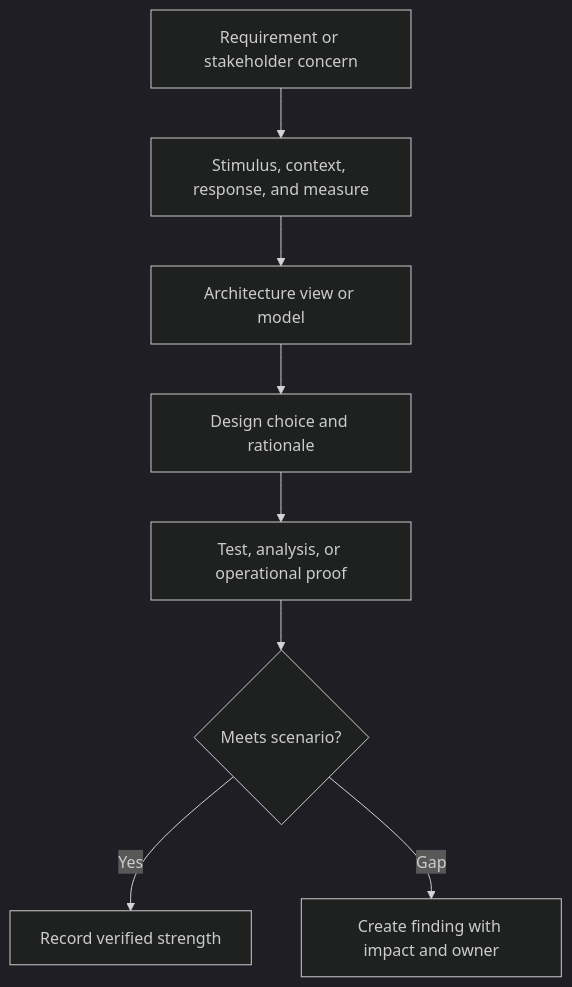
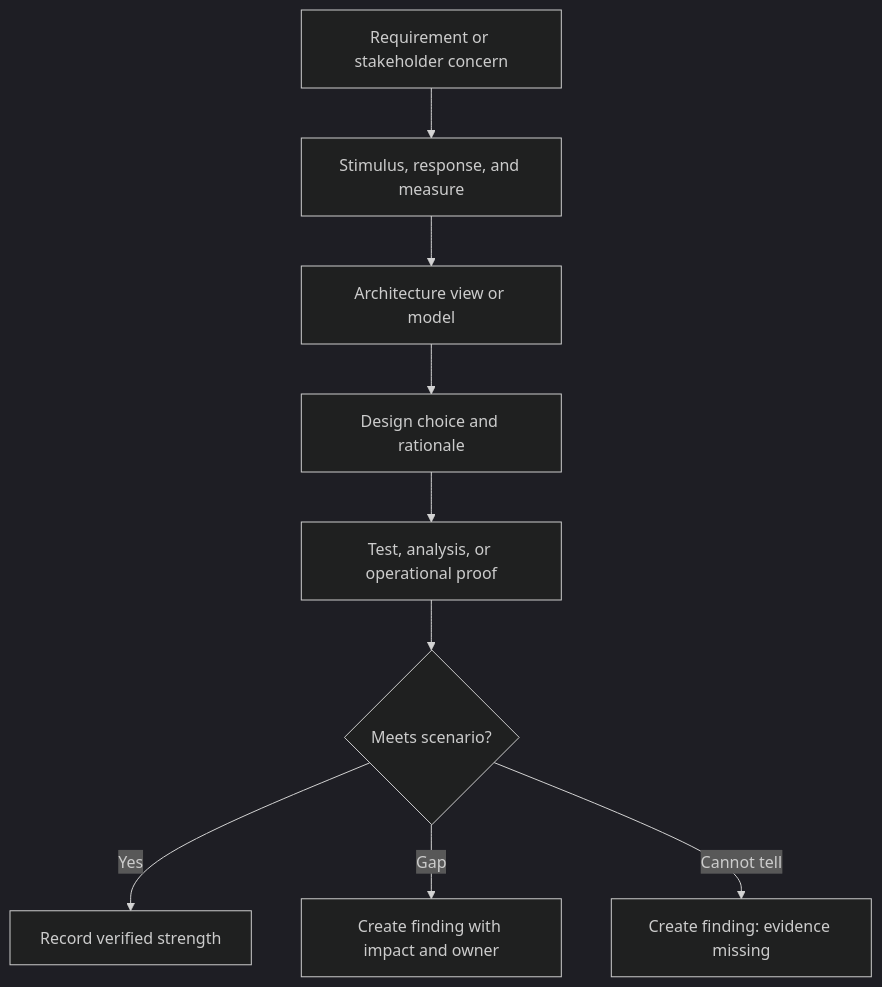
The third of 7 diagrams in 21_Architecture_Documentation/CH11_Architecture_Reviews.md (joydasss/Architect), drawn with Mermaid (dark theme) before and after one commit. The commit also changed other lines of this file and 22 other files, not shown here.

Commit message:
Architecture changes

````diff
--- a/21_Architecture_Documentation/CH11_Architecture_Reviews.md
+++ b/21_Architecture_Documentation/CH11_Architecture_Reviews.md
@@ -28,10 +150,11 @@
 ```mermaid
 flowchart TD
-    Requirement[Requirement or stakeholder concern] --> Scenario[Stimulus, context, response, and measure]
+    Requirement[Requirement or stakeholder concern] --> Scenario[Stimulus, response, and measure]
     Scenario --> View[Architecture view or model]
     View --> Decision[Design choice and rationale]
     Decision --> Evidence[Test, analysis, or operational proof]
     Evidence --> Finding{Meets scenario?}
     Finding -->|Yes| Accepted[Record verified strength]
     Finding -->|Gap| Risk[Create finding with impact and owner]
+    Finding -->|Cannot tell| Unknown[Create finding: evidence missing]
 ```
````
